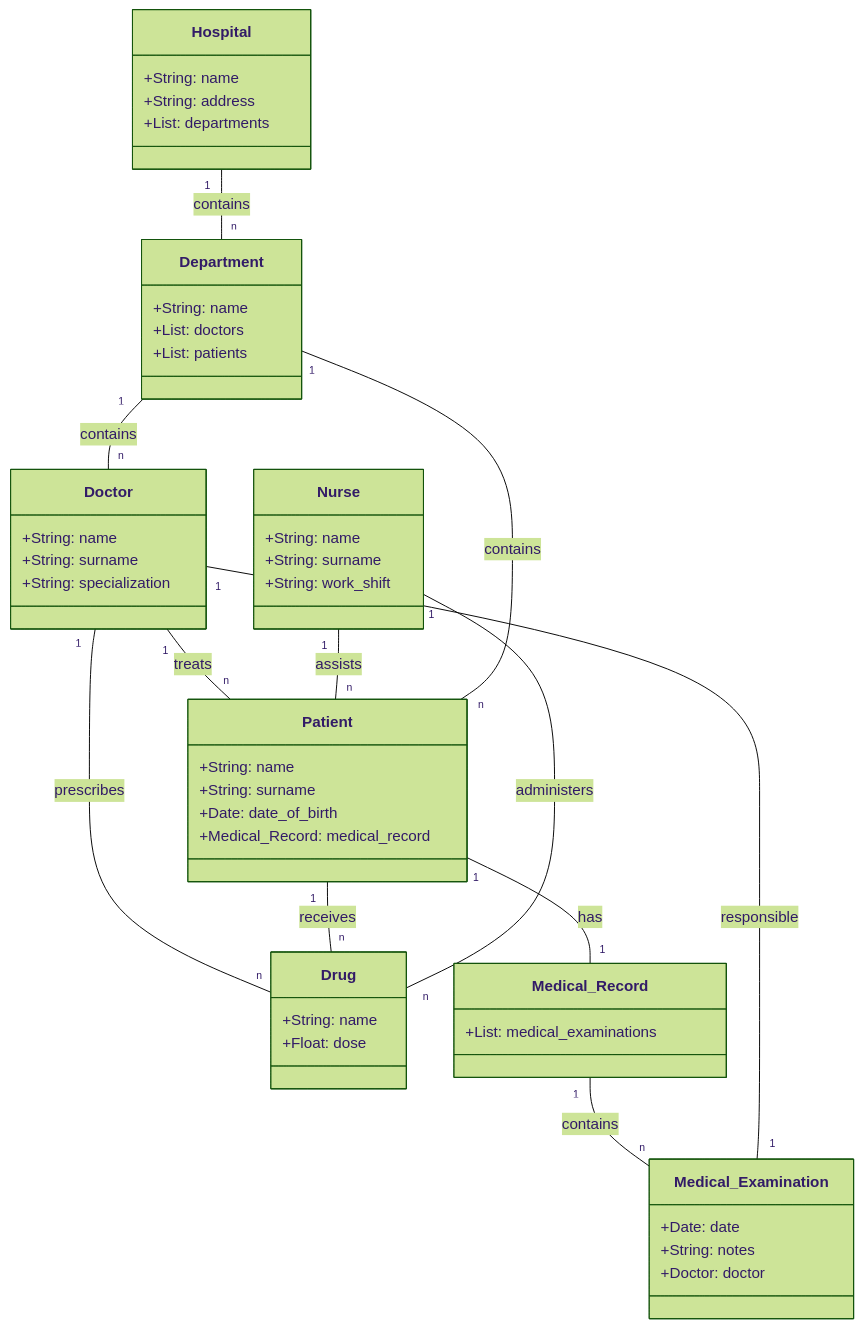
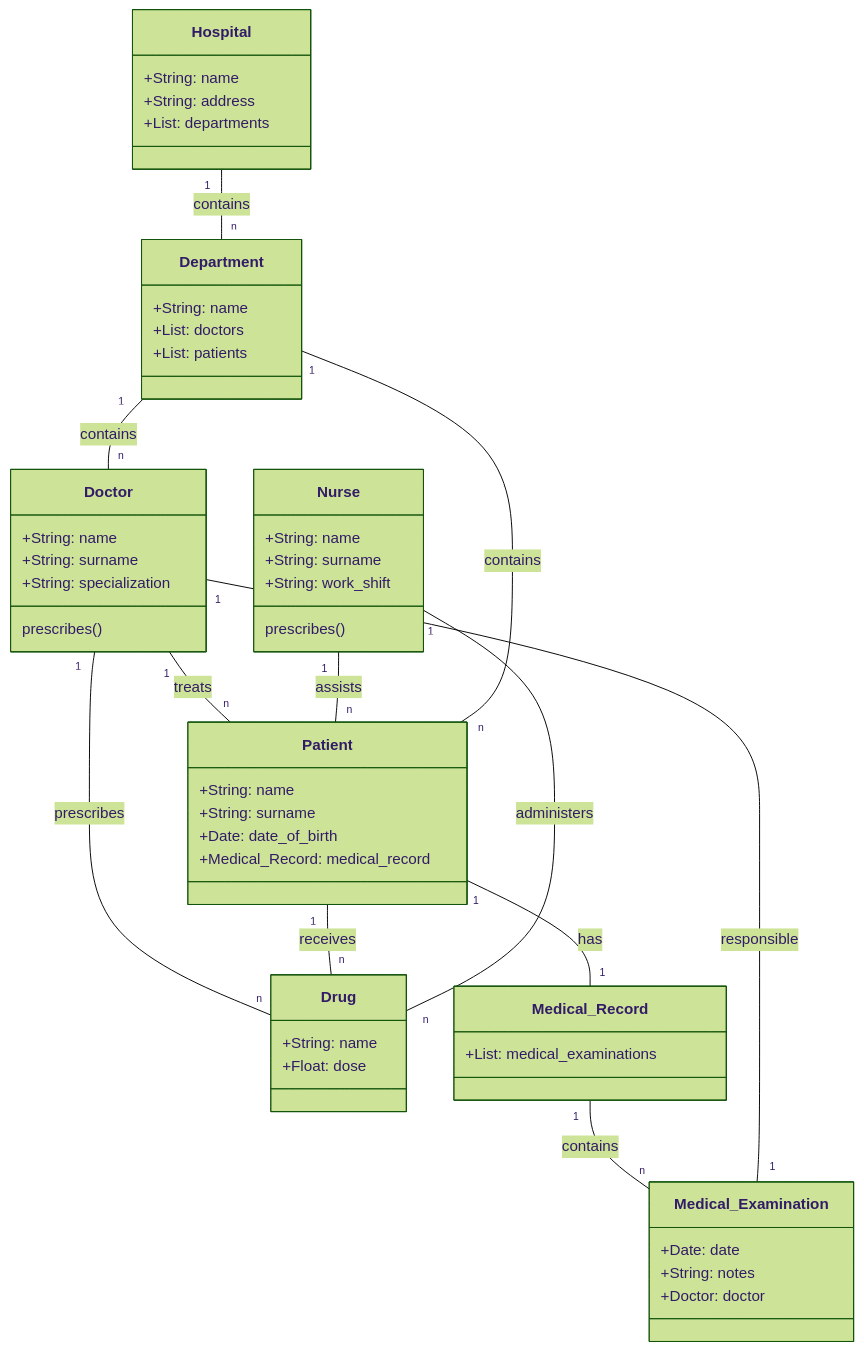
The diagram in Informatica/Esercizi_di_Pyton_nuovi/Esercizi_con_MarmaidJS/Pontellini_016.md (LucaPontellini/Homepage), drawn with Mermaid (forest theme) before and after one commit.

````diff
--- a/Informatica/Esercizi_di_Pyton_nuovi/Esercizi_con_MarmaidJS/Pontellini_016.md
+++ b/Informatica/Esercizi_di_Pyton_nuovi/Esercizi_con_MarmaidJS/Pontellini_016.md
@@ -1,62 +1,64 @@
 ```mermaid
 
 classDiagram
 
     class Doctor {
         +String: name
         +String: surname
         +String: specialization
+        prescribes()
     }
 
     class Drug {
         +String: name
         +Float: dose
     }
 
     class Hospital {
         +String: name
         +String: address
         +List<Department>: departments
     }
     
     class Department {
         +String: name 
         +List<Doctor>: doctors 
         +List<Patient>: patients 
     } 
     
     class Patient { 
         +String: name 
         +String: surname 
         +Date: date_of_birth 
         +Medical_Record: medical_record 
     }
     
     class Nurse {
         +String: name 
         +String: surname 
-        +String: work_shift 
+        +String: work_shift
+        prescribes()
     }
     
     class Medical_Record { 
         +List<Medical_Examination>: medical_examinations
     } 
     
     class Medical_Examination { 
         +Date: date 
         +String: notes 
         +Doctor: doctor 
     }
     
     Doctor "1" -- "n" Patient : treats
     Doctor "1" -- "n" Drug : prescribes
     Patient "1" -- "n" Drug : receives
     Nurse "1" -- "n" Patient : assists
     Nurse "1" -- "n" Drug : administers
     Department "1" -- "n" Doctor : contains
     Department "1" -- "n" Patient : contains
     Hospital "1" -- "n" Department : contains
     Patient "1" -- "1" Medical_Record : has
     Medical_Record "1" -- "n" Medical_Examination : contains
     Medical_Examination "1" -- "1" Doctor : responsible
 ```
````
